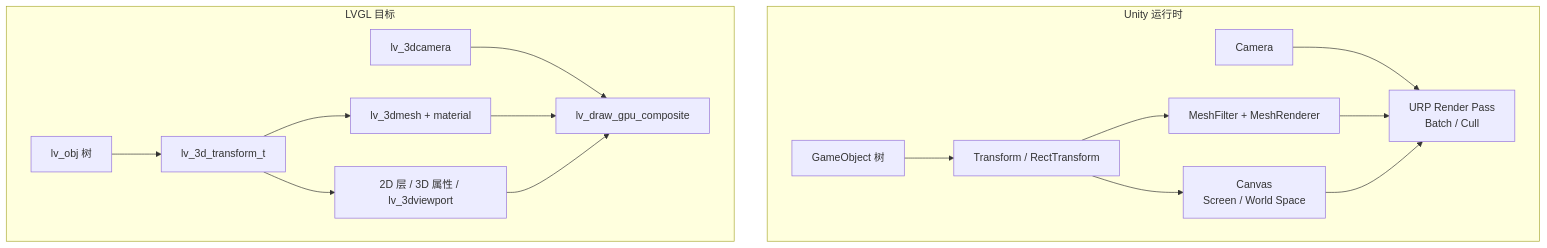
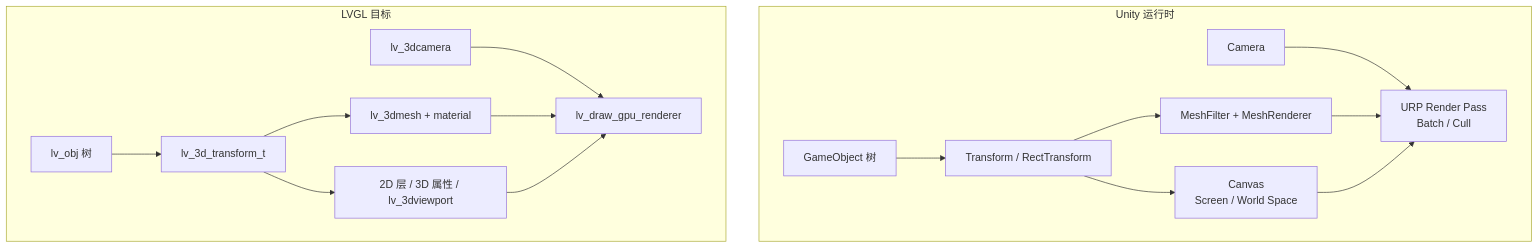
One commit to ganzhong007/lv_port_linux changed the seventh of 18 diagrams in docs/LVGL_2D3D_BACKEND_PLAN.md. Above: the diagram before and after it, drawn with Mermaid. The commit also changed other lines of this file and 5 other files, not shown here.

First line of the commit message:
Add LVGL GPU renderer support with verification scripts and documentation updates.

````diff
--- a/docs/LVGL_2D3D_BACKEND_PLAN.md
+++ b/docs/LVGL_2D3D_BACKEND_PLAN.md
@@ -555,32 +555,32 @@
 ```mermaid
 flowchart TB
     subgraph unity [Unity 运行时]
         GO["GameObject 树"]
         Trans["Transform / RectTransform"]
         Canvas["Canvas\nScreen / World Space"]
         MeshR["MeshFilter + MeshRenderer"]
         Cam["Camera"]
         URP["URP Render Pass\nBatch / Cull"]
     end
     subgraph lvgl_target [LVGL 目标]
         LObj["lv_obj 树"]
         T3D["lv_3d_transform_t"]
         Mode["2D 层 / 3D 属性 / lv_3dviewport"]
         Mesh["lv_3dmesh + material"]
         LCam["lv_3dcamera"]
-        Comp["lv_draw_gpu_composite"]
+        Comp["lv_draw_gpu_renderer"]
     end
     GO --> Trans
     Trans --> Canvas
     Trans --> MeshR
     Cam --> URP
     MeshR --> URP
     Canvas --> URP
 
     LObj --> T3D
     T3D --> Mode
     T3D --> Mesh
     LCam --> Comp
     Mesh --> Comp
     Mode --> Comp
 ```
````
